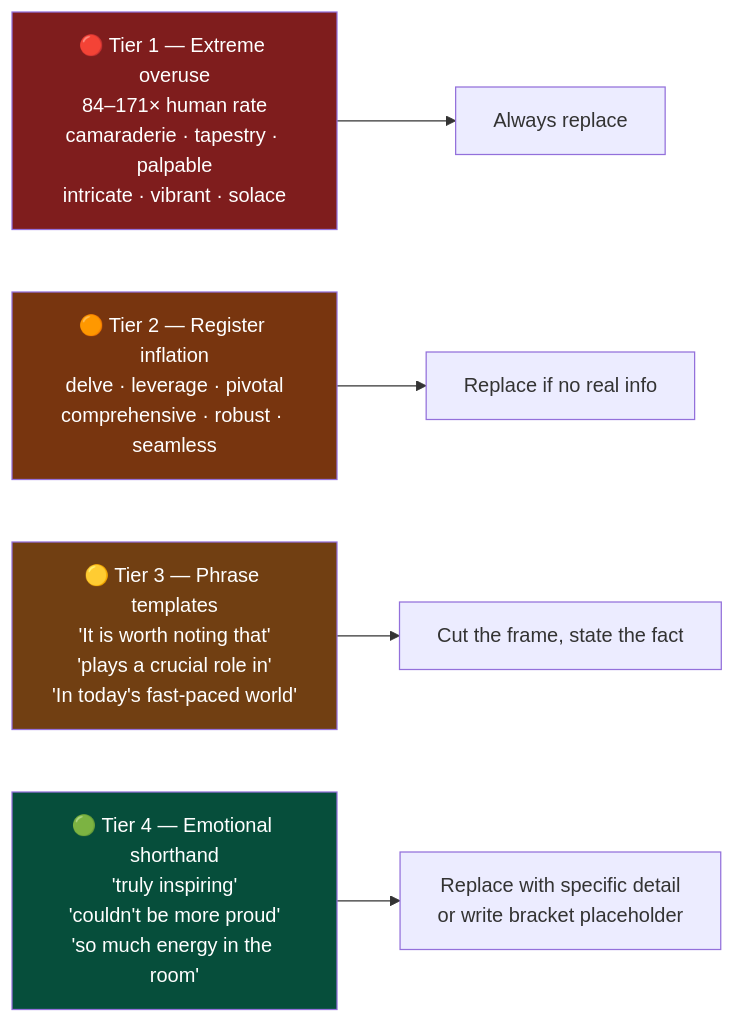
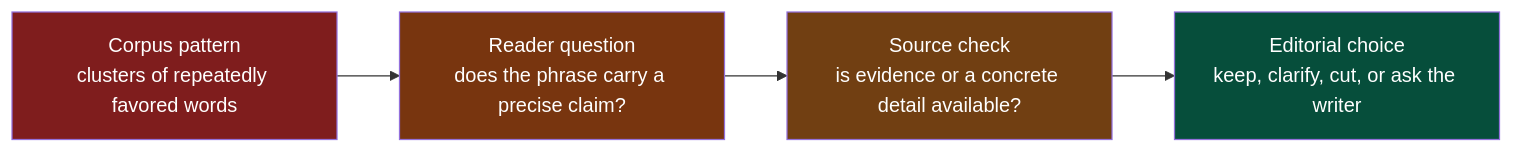
The third of 3 diagrams in README.md (udaysharmadev/Not-Ai), drawn with Mermaid before and after one commit. The commit also changed other lines of this file and 49 other files, not shown here.

````diff
--- a/README.md
+++ b/README.md
@@ -218,17 +186,16 @@
 ```mermaid
 graph LR
-    T1["🔴 Tier 1 — Extreme overuse\n84–171× human rate\ncamaraderie · tapestry · palpable\nintricate · vibrant · solace"]
-    T2["🟠 Tier 2 — Register inflation\ndelve · leverage · pivotal\ncomprehensive · robust · seamless"]
-    T3["🟡 Tier 3 — Phrase templates\n'It is worth noting that'\n'plays a crucial role in'\n'In today's fast-paced world'"]
-    T4["🟢 Tier 4 — Emotional shorthand\n'truly inspiring'\n'couldn't be more proud'\n'so much energy in the room'"]
+    T1["Corpus pattern\nclusters of repeatedly favored words"]
+    T2["Reader question\ndoes the phrase carry a precise claim?"]
+    T3["Source check\nis evidence or a concrete detail available?"]
+    T4["Editorial choice\nkeep, clarify, cut, or ask the writer"]
 
-    T1 --> A["Always replace"]
-    T2 --> B["Replace if no real info"]
-    T3 --> C["Cut the frame, state the fact"]
-    T4 --> D["Replace with specific detail\nor write bracket placeholder"]
+    T1 --> T2
+    T2 --> T3
+    T3 --> T4
 
     style T1 fill:#7f1d1d,color:#fff
     style T2 fill:#78350f,color:#fff
     style T3 fill:#713f12,color:#fff
     style T4 fill:#064e3b,color:#fff
 ```
````
